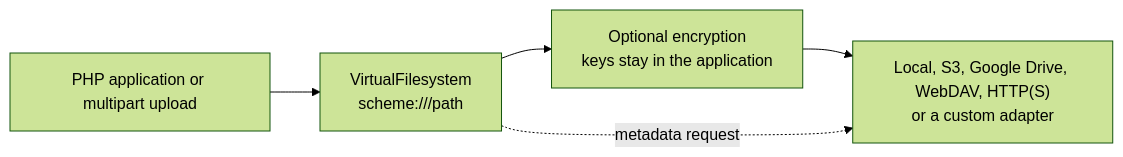
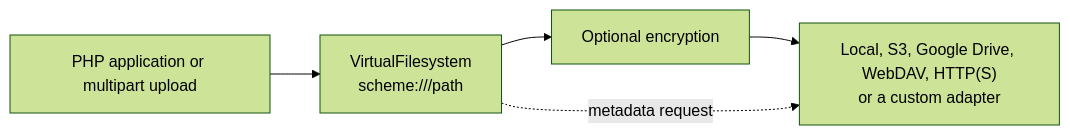
Before and after one commit to Richie314/Php-Simple-VirtualFS: the diagram in README.md, drawn with Mermaid (forest theme).

Commit message:
Simplify encryption description in flowchart

````diff
--- a/README.md
+++ b/README.md
@@ -23,7 +23,7 @@
 ```mermaid
 flowchart LR
     A["PHP application or multipart upload"] --> B["VirtualFilesystem<br/>scheme:///path"]
-    B --> C["Optional encryption<br/>keys stay in the application"]
+    B --> C["Optional encryption"]
     C --> D["Local, S3, Google Drive, WebDAV, HTTP(S)<br/>or a custom adapter"]
     B -. "metadata request" .-> D
 ```
````
